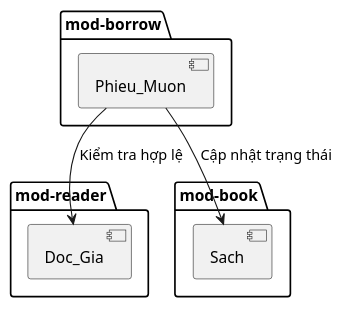
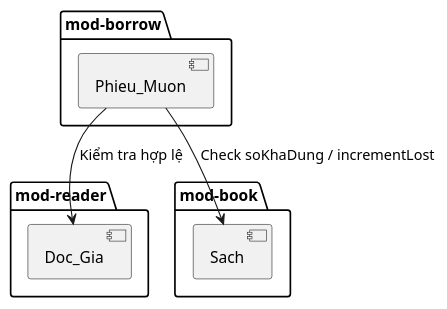
One commit to NPhamDoan/FULL_QLThuVien changed diagram 13 of 15 in .kiro/document/BaoCao_3UC_PlantUML.md. Above: the diagram before and after it, drawn with PlantUML. The commit also changed other lines of this file and 37 other files, not shown here.

````diff
--- a/.kiro/document/BaoCao_3UC_PlantUML.md
+++ b/.kiro/document/BaoCao_3UC_PlantUML.md
@@ -403,16 +443,16 @@
 ```plantuml
 @startuml
 package "mod-borrow" {
     [Phieu_Muon]
 }
 package "mod-reader" {
     [Doc_Gia]
 }
 package "mod-book" {
     [Sach]
 }
 
 [Phieu_Muon] --> [Doc_Gia] : Kiểm tra hợp lệ
-[Phieu_Muon] --> [Sach] : Cập nhật trạng thái
+[Phieu_Muon] --> [Sach] : Check soKhaDung / incrementLost
 @enduml
 ```
````
